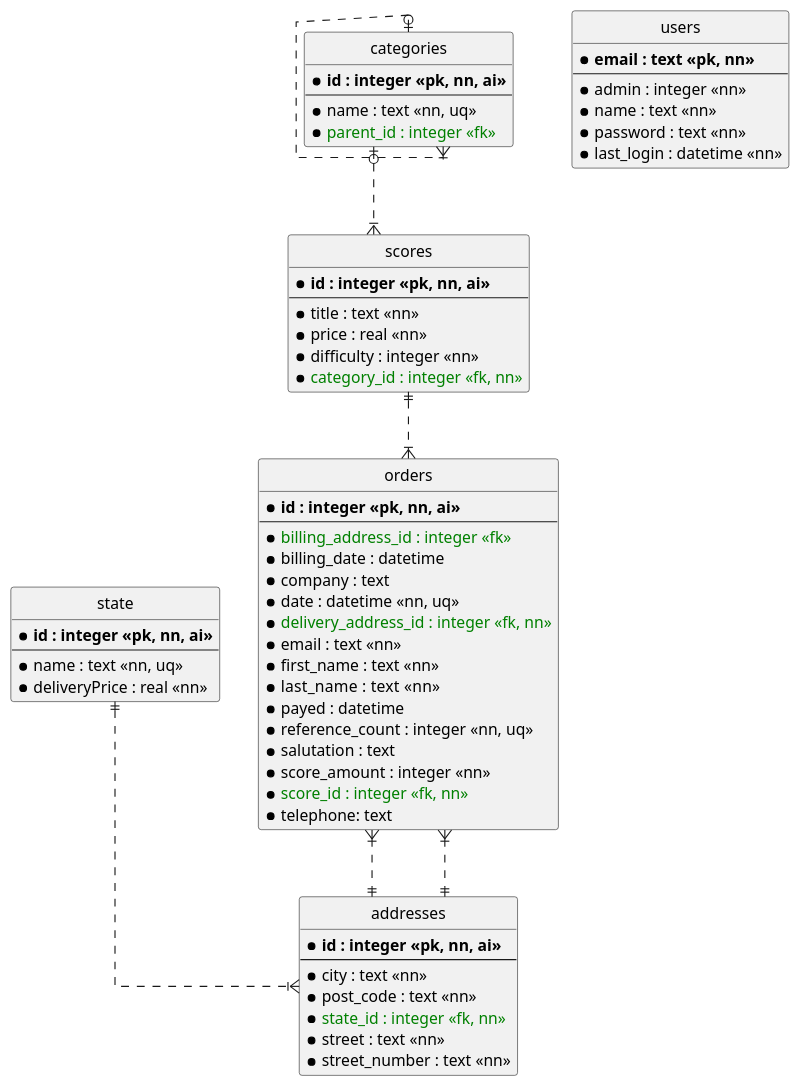
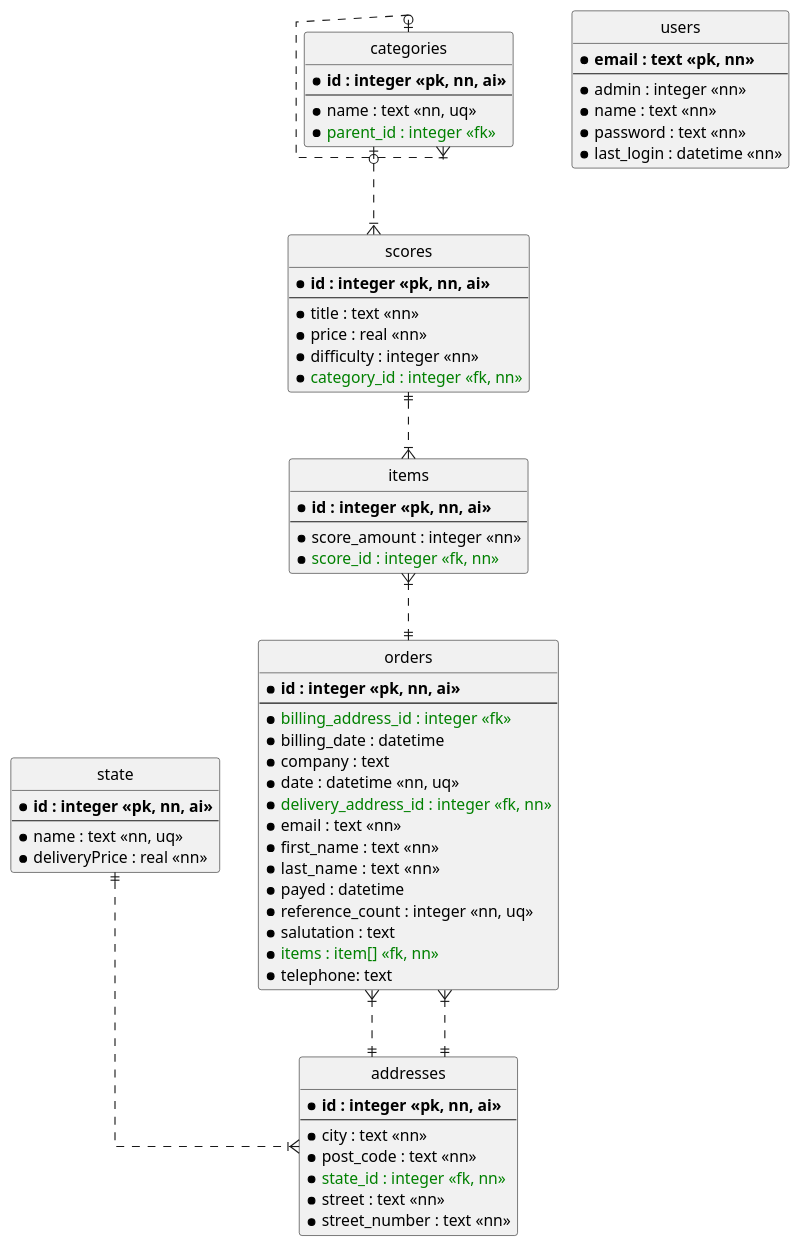
One commit to mknentwich/core changed the diagram in doc/database/database.adoc. Above: the diagram before and after it, drawn with PlantUML.

Commit message:
updated database model

```diff
--- a/doc/database/database.adoc
+++ b/doc/database/database.adoc
@@ -52,9 +52,15 @@
   *payed : datetime
   *reference_count : integer <<nn, uq>>
   *salutation : text
+  *<color:green>items : item[] <<fk, nn>></color>
+  *telephone: text
+}
+
+entity "items" as ite {
+  * **id : integer <<pk, nn, ai>>**
+  --
   *score_amount : integer <<nn>>
   *<color:green>score_id : integer <<fk, nn>></color>
-  *telephone: text
 }
 
 entity "scores" as sco {
@@ -81,8 +87,9 @@
 cat |o..|{ sco
 ord }|..|| add
 ord }|..|| add
-sco ||..|{ ord
 sta ||..|{ add
+sco ||..|{ ite
+ite }|..|| ord
 
 @enduml
 ....
```
